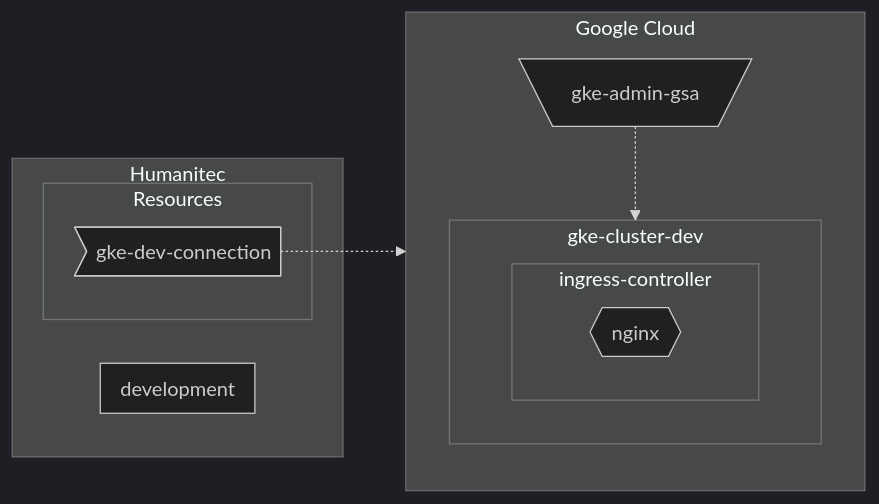
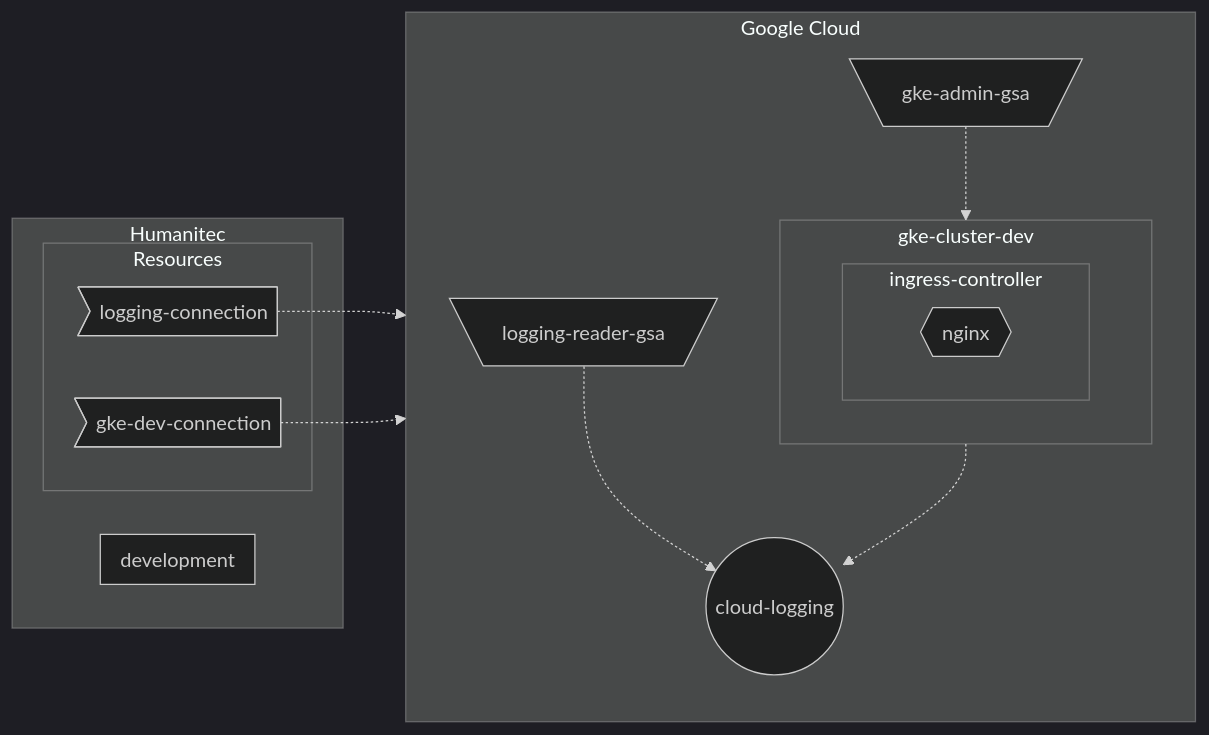
Before and after one commit to mathieu-benoit/hello-humanitec: the first of 2 diagrams in docs/gke-setup.md, drawn with Mermaid (dark theme). The commit also changed other lines of this file, not shown here.

````diff
--- a/docs/gke-setup.md
+++ b/docs/gke-setup.md
@@ -18,21 +18,27 @@
 ```mermaid
 flowchart LR
   subgraph Humanitec
     subgraph development
     end
     subgraph Resources
         gke-dev-connection>gke-dev-connection]
+	logging-connection>logging-connection]
     end
   end
   subgraph Google Cloud
     direction TB
     gke-admin-gsa[\gke-admin-gsa/]
+    logging-reader-gsa[\logging-reader-gsa/]
+    cloud-logging((cloud-logging))
     subgraph gke-cluster-dev
         subgraph ingress-controller
             nginx{{nginx}}
         end
     end
   end
+  logging-connection-.->logging-reader-gsa
+  logging-reader-gsa-.->cloud-logging
   gke-dev-connection-.->gke-admin-gsa
   gke-admin-gsa-.->gke-cluster-dev
+  gke-cluster-dev-.->cloud-logging
 ```
````
